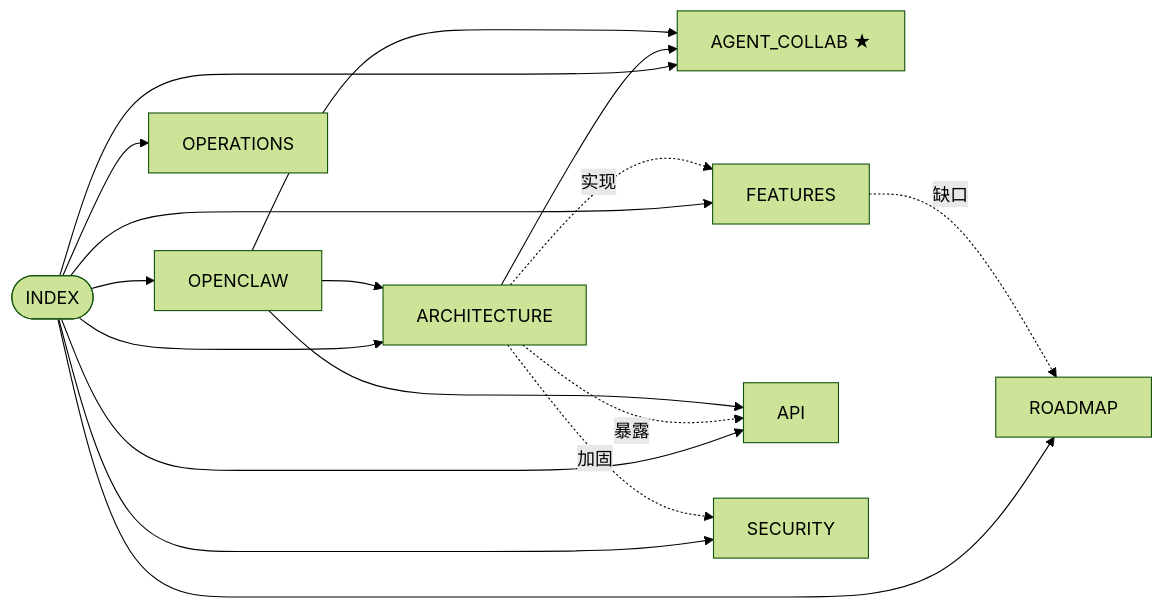
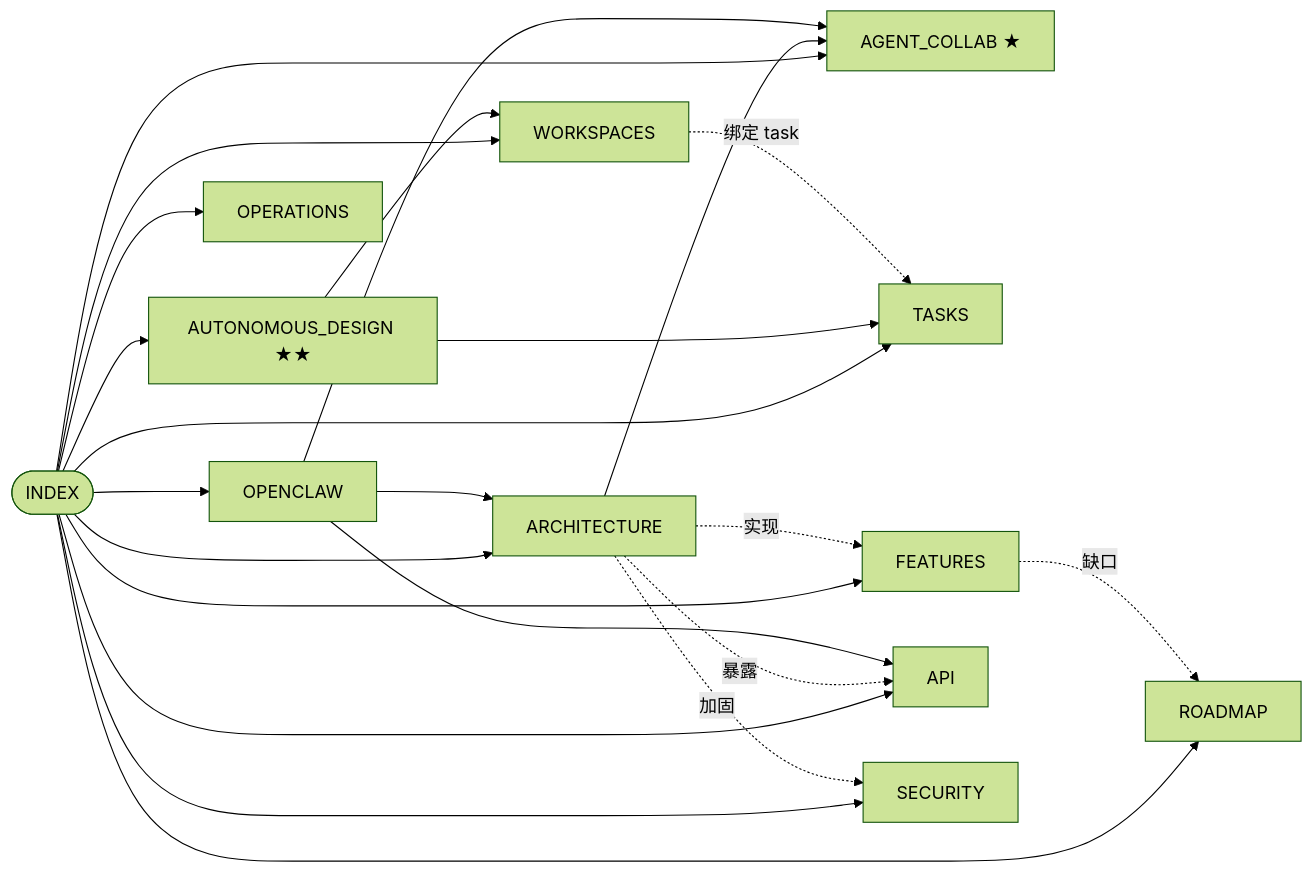
One commit to Kyle-zhai/agent2agent changed the diagram in docs/tech/INDEX.md. Above: the diagram before and after it, drawn with Mermaid (forest theme). The commit also changed other lines of this file and 31 other files, not shown here.

````diff
--- a/docs/tech/INDEX.md
+++ b/docs/tech/INDEX.md
@@ -17,20 +17,26 @@
 ```mermaid
 graph LR
   IDX([INDEX]) --> ARCH[ARCHITECTURE]
   IDX --> COL[AGENT_COLLAB ★]
+  IDX --> AUTO[AUTONOMOUS_DESIGN ★★]
+  IDX --> WS[WORKSPACES]
+  IDX --> TSK[TASKS]
   IDX --> FEAT[FEATURES]
   IDX --> API[API]
   IDX --> SEC[SECURITY]
   IDX --> OC[OPENCLAW]
   IDX --> RM[ROADMAP]
   IDX --> OPS[OPERATIONS]
 
   ARCH -.->|实现| FEAT
   ARCH -.->|暴露| API
   ARCH -.->|加固| SEC
   ARCH --> COL
+  AUTO --> WS
+  AUTO --> TSK
+  WS -.->|绑定 task| TSK
   FEAT -.->|缺口| RM
   OC --> COL
   OC --> API
   OC --> ARCH
 ```
````
